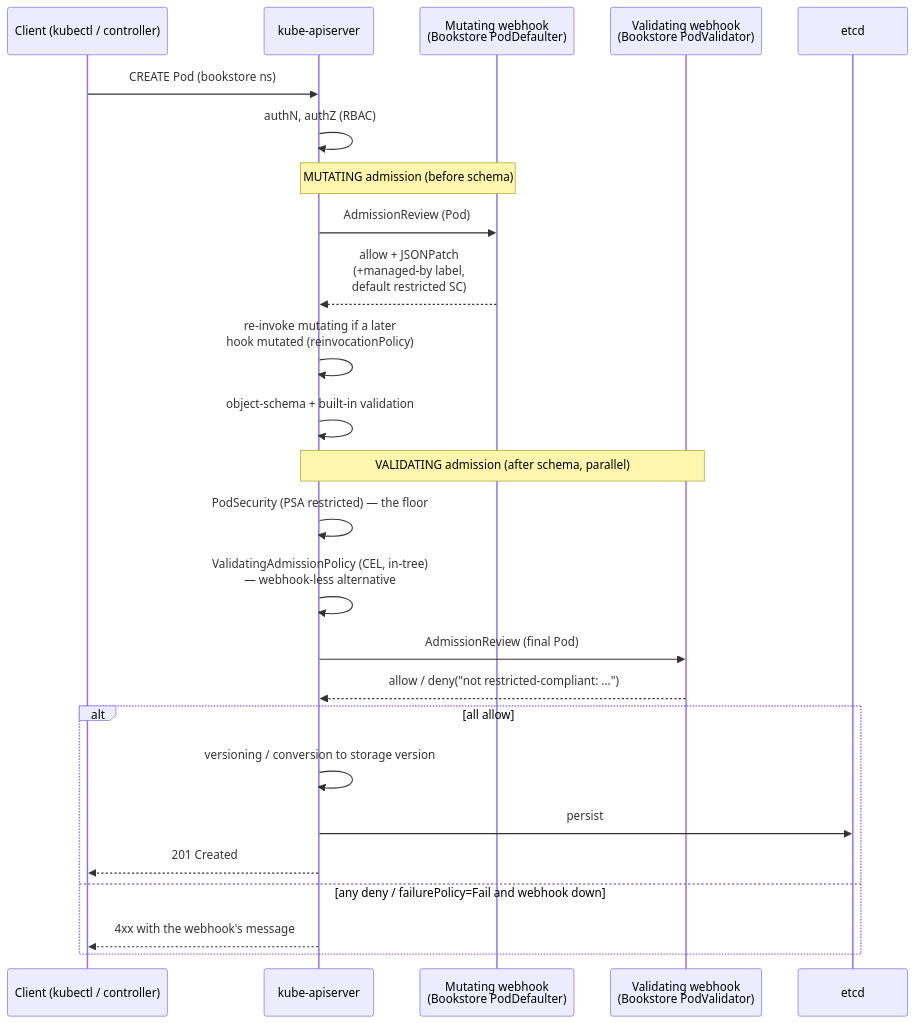
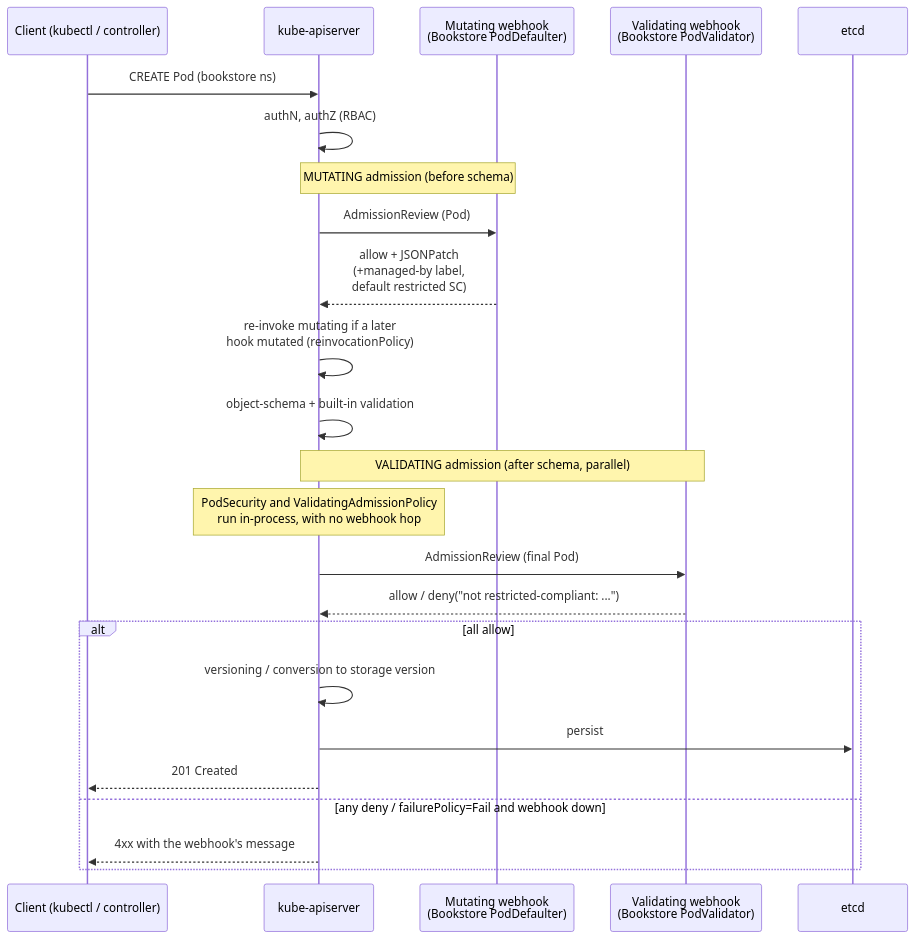
One commit to abd-ulbasit/bookstore-kubernetes-guide changed the diagram in full-guide/11-advanced-production-patterns/01-admission-webhooks.md. Above: the diagram before and after it, drawn with Mermaid. The commit also changed other lines of this file and 3 other files, not shown here.

First line of the commit message:
security: 11.01 admission webhooks, failure modes and threat rows

````diff
--- a/full-guide/11-advanced-production-patterns/01-admission-webhooks.md
+++ b/full-guide/11-advanced-production-patterns/01-admission-webhooks.md
@@ -132,28 +152,27 @@
 ```mermaid
 sequenceDiagram
     participant C as Client (kubectl / controller)
     participant A as kube-apiserver
     participant M as Mutating webhook<br/>(Bookstore PodDefaulter)
     participant V as Validating webhook<br/>(Bookstore PodValidator)
     participant E as etcd
 
     C->>A: CREATE Pod (bookstore ns)
     A->>A: authN, authZ (RBAC)
     Note over A,M: MUTATING admission (before schema)
     A->>M: AdmissionReview (Pod)
     M-->>A: allow + JSONPatch<br/>(+managed-by label,<br/>default restricted SC)
     A->>A: re-invoke mutating if a later<br/>hook mutated (reinvocationPolicy)
     A->>A: object-schema + built-in validation
     Note over A,V: VALIDATING admission (after schema, parallel)
-    A->>A: PodSecurity (PSA restricted) — the floor
-    A->>A: ValidatingAdmissionPolicy (CEL, in-tree)<br/>— webhook-less alternative
+    Note over A: PodSecurity and ValidatingAdmissionPolicy<br/>run in-process, with no webhook hop
     A->>V: AdmissionReview (final Pod)
     V-->>A: allow / deny("not restricted-compliant: ...")
     alt all allow
         A->>A: versioning / conversion to storage version
         A->>E: persist
         A-->>C: 201 Created
     else any deny / failurePolicy=Fail and webhook down
         A-->>C: 4xx with the webhook's message
     end
 ```
````
